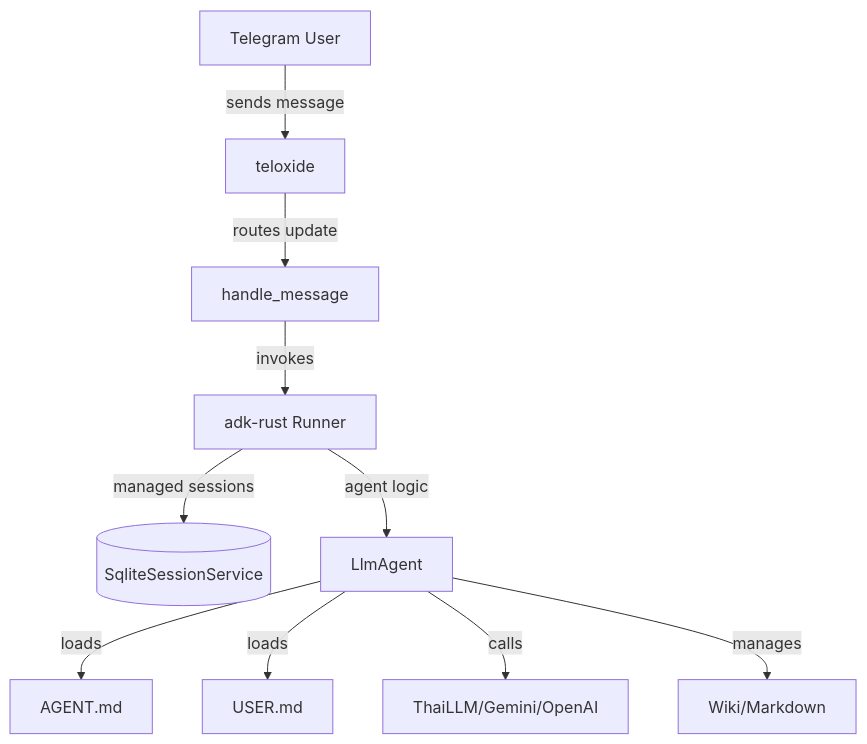
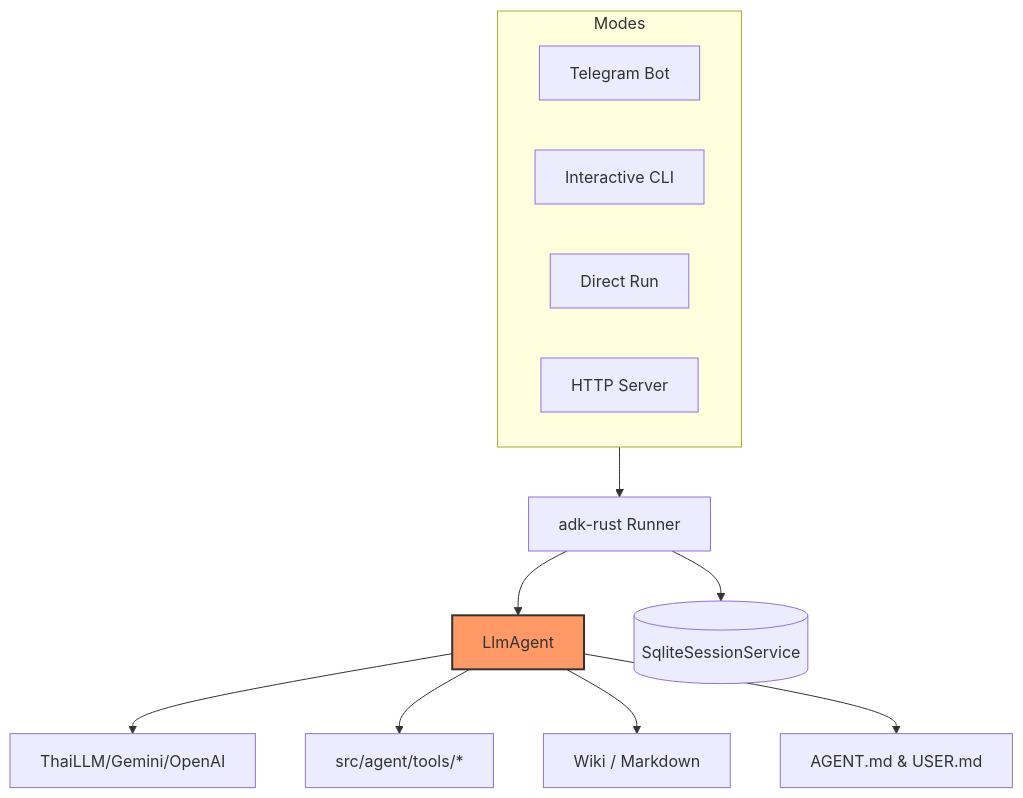
The diagram in README.md (anoochit/telegram_bot), drawn with Mermaid before and after one commit. The commit also changed other lines of this file, not shown here.

Commit message:
docs: update architecture diagram in README

````diff
--- a/README.md
+++ b/README.md
@@ -61,12 +60,21 @@
 ```mermaid
 graph TD
-    User[Telegram User] -- sends message --> T[teloxide]
-    T -- routes update --> H[handle_message]
-    H -- invokes --> R[adk-rust Runner]
-    R -- managed sessions --> DB[(SqliteSessionService)]
-    R -- agent logic --> A[LlmAgent]
-    A -- loads --> AG[AGENT.md]
-    A -- loads --> US[USER.md]
-    A -- calls --> LLM[ThaiLLM/Gemini/OpenAI]
-    A -- manages --> W[Wiki/Markdown]
+    subgraph EntryPoints [Modes]
+        Bot[Telegram Bot]
+        CLI[Interactive CLI]
+        Run[Direct Run]
+        Server[HTTP Server]
+    end
+
+    EntryPoints --> Runner[adk-rust Runner]
+    
+    Runner --> Agent[LlmAgent]
+    Runner --> DB[(SqliteSessionService)]
+    
+    Agent --> LLM[ThaiLLM/Gemini/OpenAI]
+    Agent --> Tools[src/agent/tools/*]
+    Agent --> Wiki[Wiki / Markdown]
+    Agent --> Persona[AGENT.md & USER.md]
+    
+    style Agent fill:#f96,stroke:#333,stroke-width:2px
 ```
````
